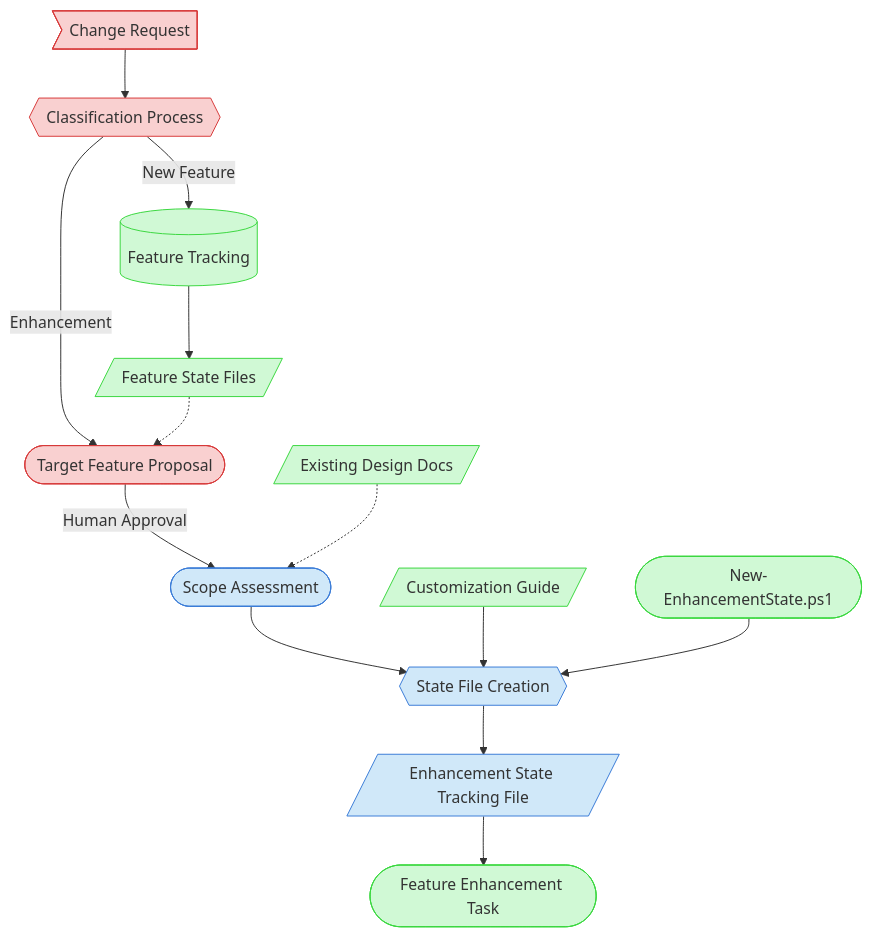
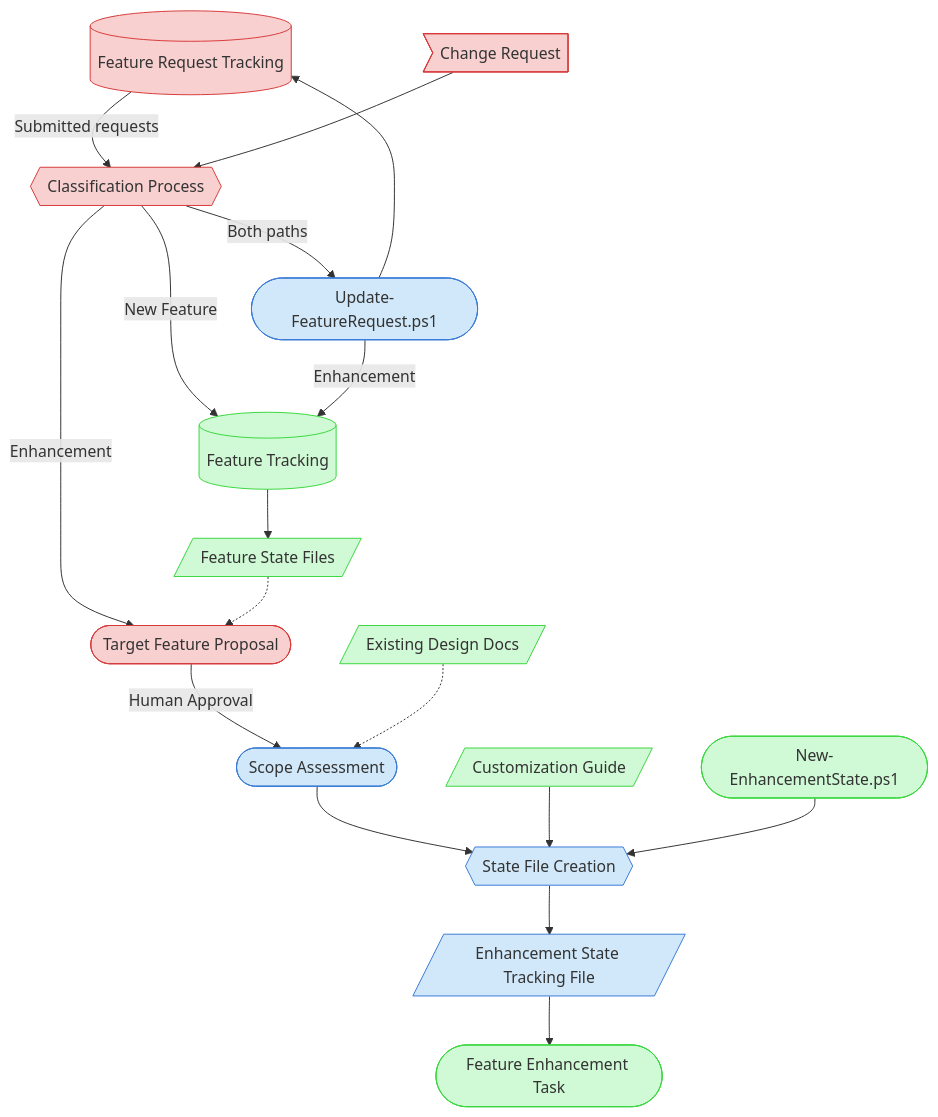
The diagram in doc/process-framework/visualization/context-maps/01-planning/feature-request-evaluation-map.md (Abtomation/LinkWatcher), drawn with Mermaid before and after one commit. The commit also changed other lines of this file and 479 other files, not shown here.

````diff
--- a/doc/process-framework/visualization/context-maps/01-planning/feature-request-evaluation-map.md
+++ b/doc/process-framework/visualization/context-maps/01-planning/feature-request-evaluation-map.md
@@ -20,24 +20,29 @@
 ```mermaid
 graph TD
     classDef critical fill:#f9d0d0,stroke:#d83a3a
     classDef important fill:#d0e8f9,stroke:#3a7bd8
     classDef reference fill:#d0f9d5,stroke:#3ad83f
 
-    ChangeRequest>Change Request] --> Classification{{Classification Process}}
+    FeatureRequestTracking[(Feature Request Tracking)] -->|Submitted requests| Classification{{Classification Process}}
+    ChangeRequest>Change Request] --> Classification
     Classification -->|New Feature| FeatureTracking[(Feature Tracking)]
     Classification -->|Enhancement| TargetProposal([Target Feature Proposal])
     TargetProposal -->|Human Approval| ScopeAssessment([Scope Assessment])
     ScopeAssessment --> StateFileCreation{{State File Creation}}
     StateFileCreation --> EnhancementStateFile[/Enhancement State Tracking File/]
     EnhancementStateFile --> FeatureEnhancementTask([Feature Enhancement Task])
 
+    Classification -->|Both paths| UpdateFeatureRequest([Update-FeatureRequest.ps1])
+    UpdateFeatureRequest --> FeatureRequestTracking
+    UpdateFeatureRequest -->|Enhancement| FeatureTracking
+
     FeatureTracking --> FeatureStateFiles[/Feature State Files/]
     FeatureStateFiles -.-> TargetProposal
     DesignDocs[/Existing Design Docs/] -.-> ScopeAssessment
     CustomizationGuide[/Customization Guide/] --> StateFileCreation
     NewEnhancementScript([New-EnhancementState.ps1]) --> StateFileCreation
 
-    class ChangeRequest,Classification,TargetProposal critical
-    class ScopeAssessment,StateFileCreation,EnhancementStateFile important
+    class ChangeRequest,Classification,TargetProposal,FeatureRequestTracking critical
+    class ScopeAssessment,StateFileCreation,EnhancementStateFile,UpdateFeatureRequest important
     class FeatureTracking,FeatureStateFiles,DesignDocs,CustomizationGuide,NewEnhancementScript,FeatureEnhancementTask reference
 ```
````
